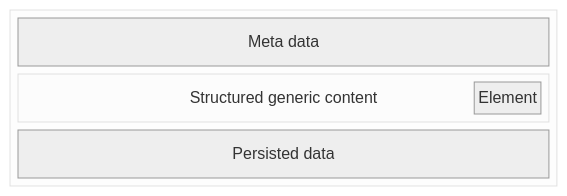
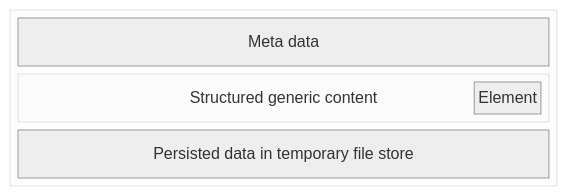
Before and after one commit to officialgazette/publication-standard: the second of 2 diagrams in README.md, drawn with Mermaid. The commit also changed other lines of this file, not shown here.

````diff
--- a/README.md
+++ b/README.md
@@ -94,23 +94,23 @@
 ```mermaid
 
 %%{
   init: {
     'theme': 'neutral'
   }
 }%%
 
 block-beta
 block:scope:1
 columns 1
 meta["Meta data"]:1
 block:content["Structured generic content"]:1
 
 space:6
 
 Element:1
 
 end
-archive["Persisted data"]
+archive["Persisted data in temporary file store"]
 end
 
 ```
````
